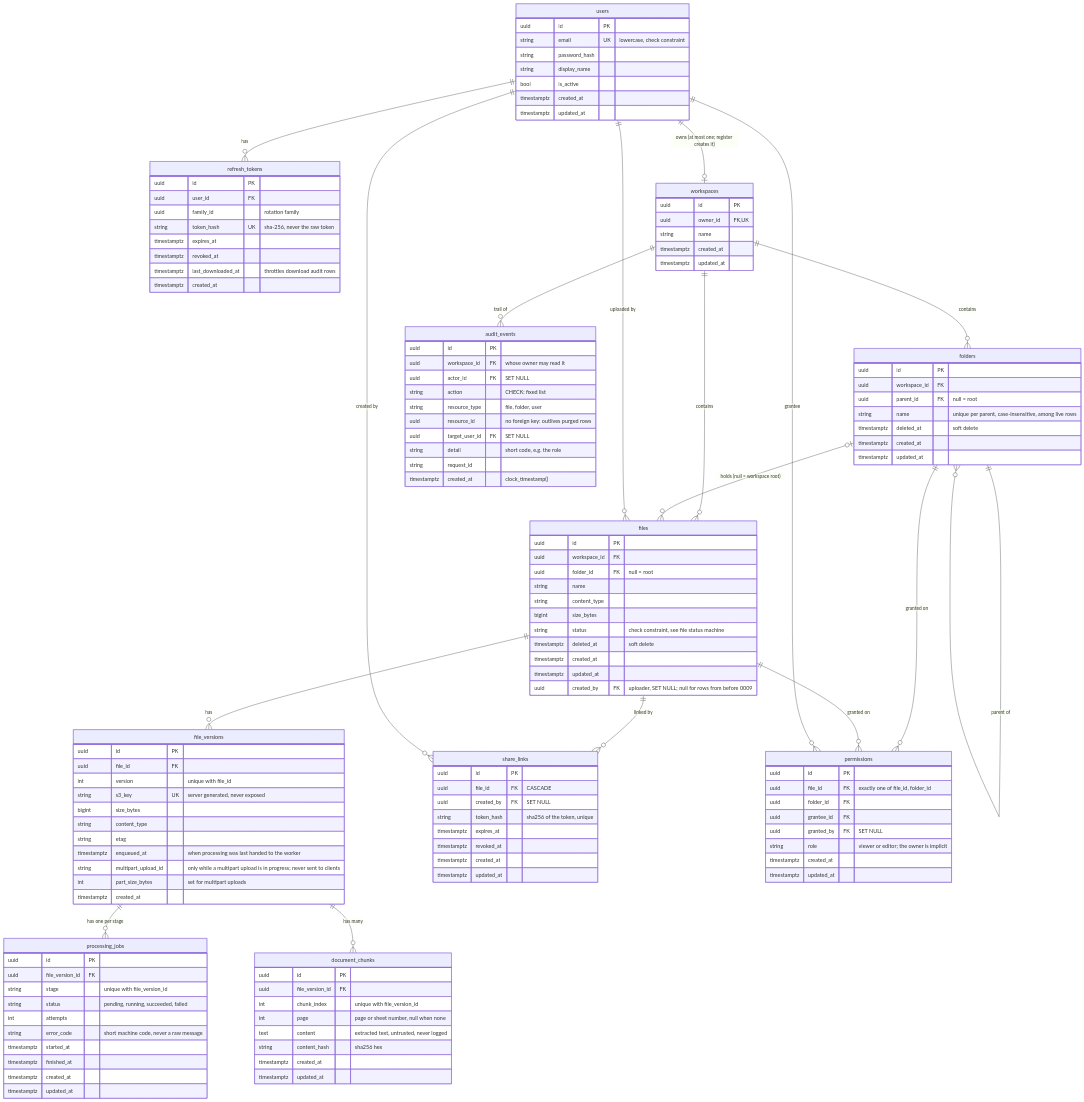
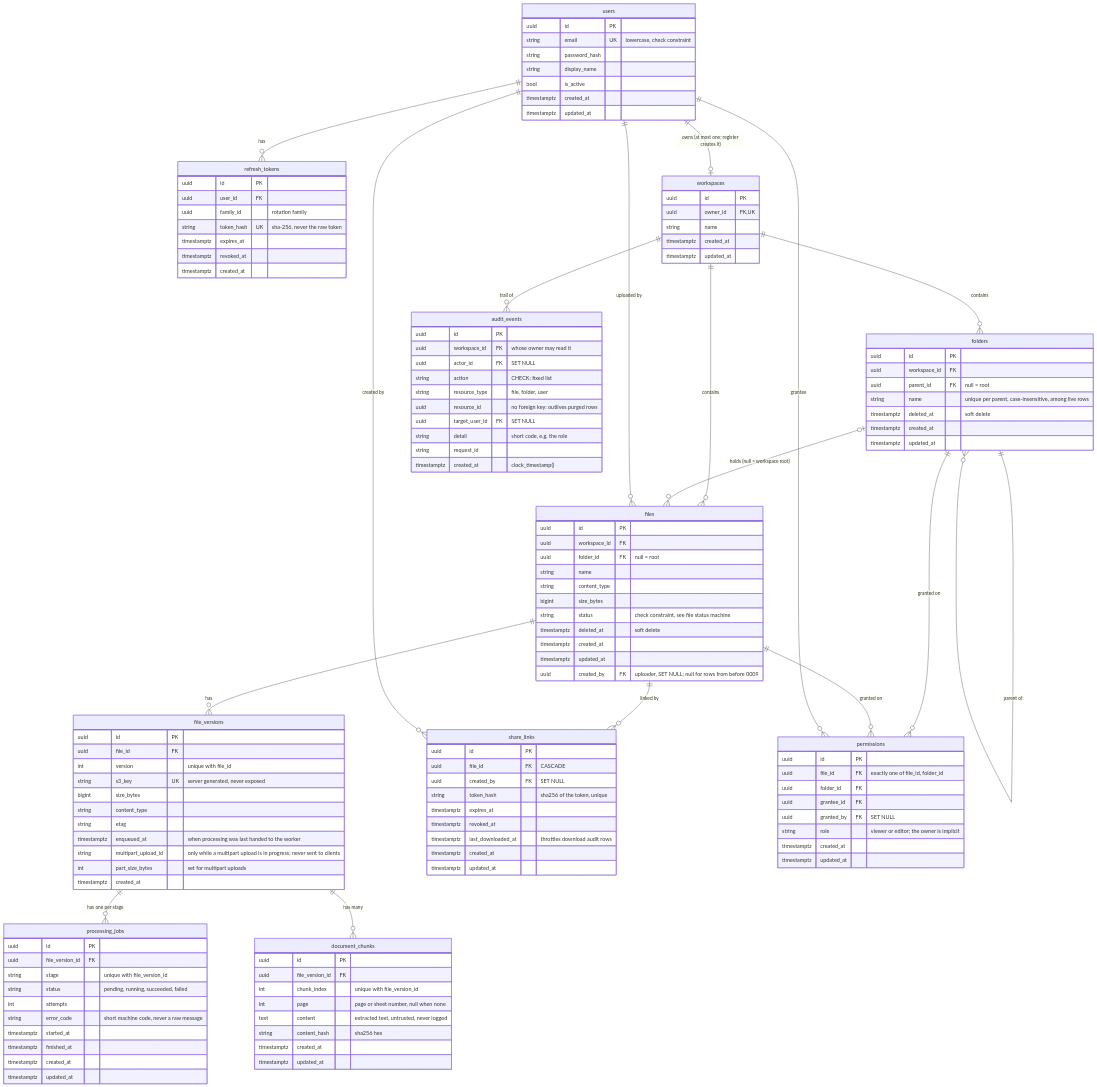
Before and after one commit to manan-77/clouddrop: the diagram in docs/er-diagram.md, drawn with Mermaid. The commit also changed other lines of this file and 4 other files, not shown here.

```diff
--- a/docs/er-diagram.md
+++ b/docs/er-diagram.md
@@ -37,7 +37,6 @@
         string token_hash UK "sha-256, never the raw token"
         timestamptz expires_at
         timestamptz revoked_at
-        timestamptz last_downloaded_at "throttles download audit rows"
         timestamptz created_at
     }
     workspaces {
@@ -111,6 +110,7 @@
         string token_hash "sha256 of the token, unique"
         timestamptz expires_at
         timestamptz revoked_at
+        timestamptz last_downloaded_at "throttles download audit rows"
         timestamptz created_at
         timestamptz updated_at
     }
```
